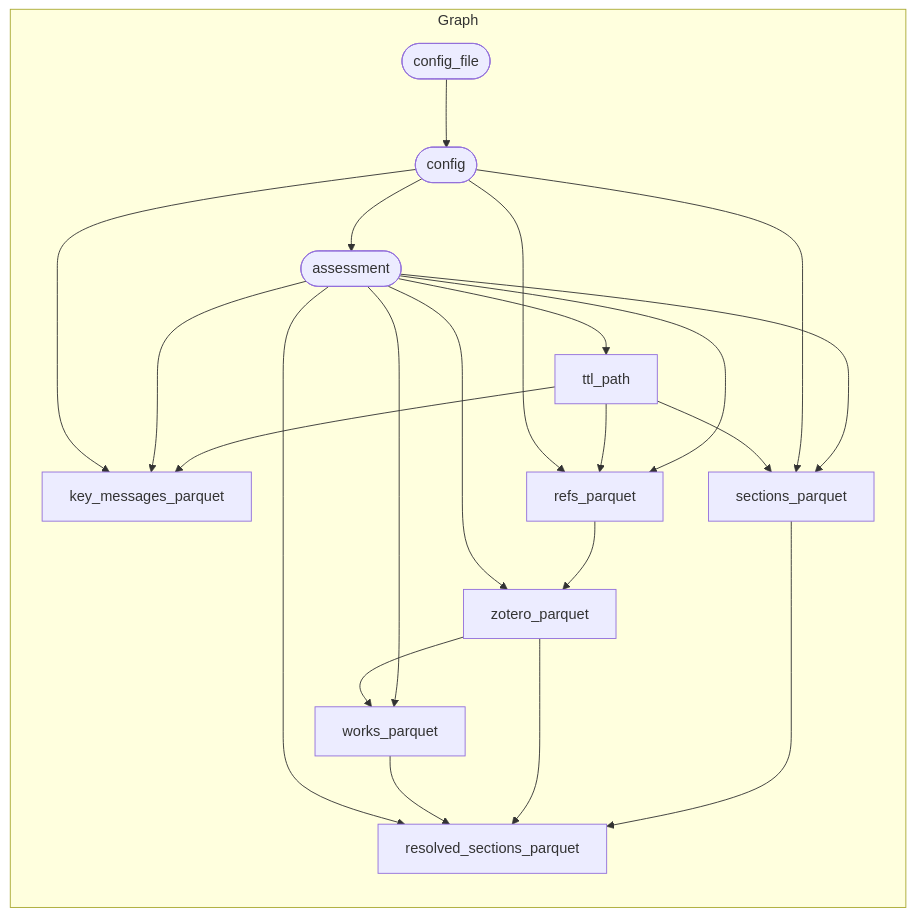
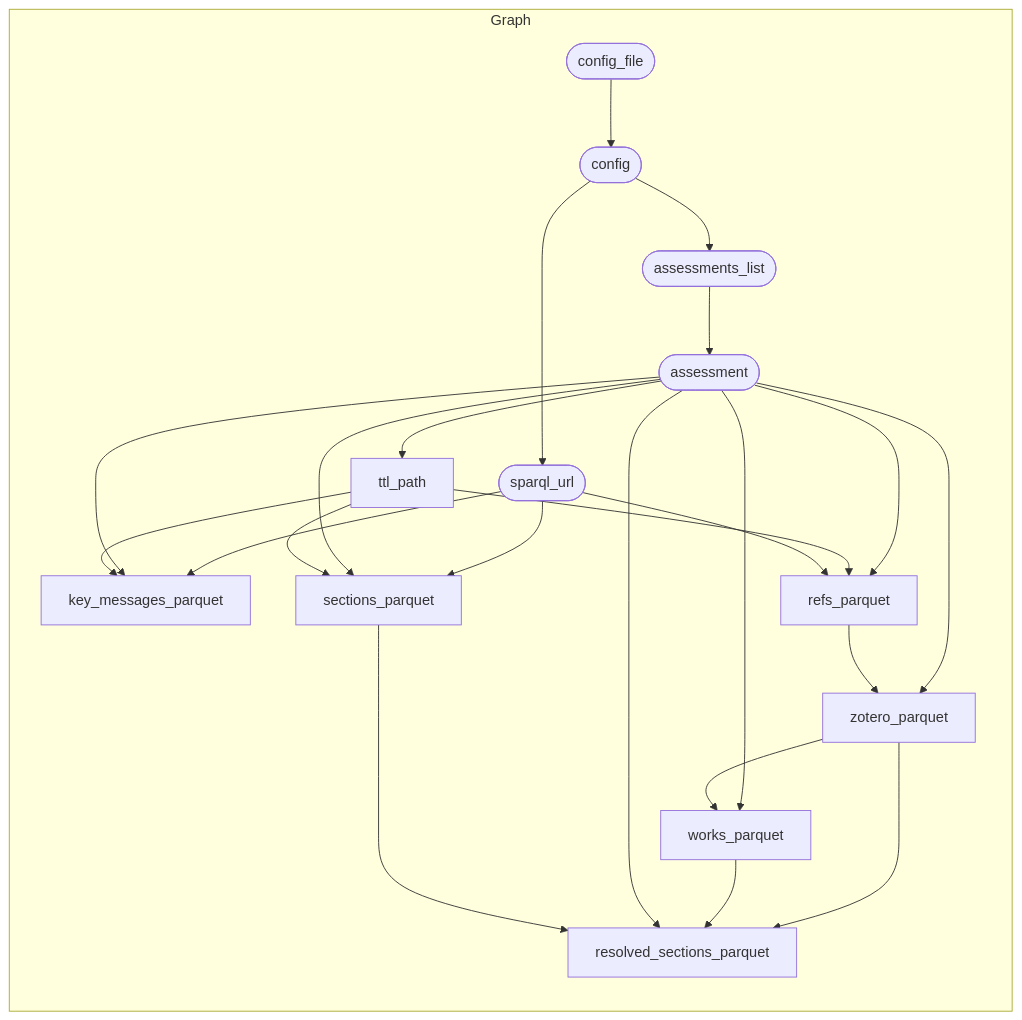
One commit to IPBES-Data/IPBES_BM_Fact_Checker changed the diagram in input/mmd/pipeline.mmd. Above: the diagram before and after it, drawn with Mermaid. The commit also changed 6 other files, not shown here.

First line of the commit message:
Fix KM descriptions, update schema docs, and tidy gitignore

```diff
--- a/input/mmd/pipeline.mmd
+++ b/input/mmd/pipeline.mmd
@@ -1,25 +1,27 @@
 graph TD
   subgraph Graph
     direction TD
-    x20aa1e7dd2a106e5(["config"]) --> x7096e63b1af7fc2e(["assessment"])
+    xf8f6f156e3c3b679(["assessments_list"]) --> x7096e63b1af7fc2e(["assessment"])
+    x20aa1e7dd2a106e5(["config"]) --> xf8f6f156e3c3b679(["assessments_list"])
     x9909b451a6a56060(["config_file"]) --> x20aa1e7dd2a106e5(["config"])
+    xcae032f895dcdbee(["sparql_url"]) --> x1b5c1cdf9ba064e4["key_messages_parquet"]
+    x7096e63b1af7fc2e(["assessment"]) --> x1b5c1cdf9ba064e4["key_messages_parquet"]
     xda2ef7d9d7074388["ttl_path"] --> x1b5c1cdf9ba064e4["key_messages_parquet"]
-    x7096e63b1af7fc2e(["assessment"]) --> x1b5c1cdf9ba064e4["key_messages_parquet"]
-    x20aa1e7dd2a106e5(["config"]) --> x1b5c1cdf9ba064e4["key_messages_parquet"]
     x7096e63b1af7fc2e(["assessment"]) --> x4c5608b5b57c599b["refs_parquet"]
     xda2ef7d9d7074388["ttl_path"] --> x4c5608b5b57c599b["refs_parquet"]
-    x20aa1e7dd2a106e5(["config"]) --> x4c5608b5b57c599b["refs_parquet"]
-    xc27197d40d6acf57["sections_parquet"] --> x65df84899286d535["resolved_sections_parquet"]
+    xcae032f895dcdbee(["sparql_url"]) --> x4c5608b5b57c599b["refs_parquet"]
     xe6d26d705b0e239b["zotero_parquet"] --> x65df84899286d535["resolved_sections_parquet"]
     x31e4fc98a3c6921c["works_parquet"] --> x65df84899286d535["resolved_sections_parquet"]
     x7096e63b1af7fc2e(["assessment"]) --> x65df84899286d535["resolved_sections_parquet"]
+    xc27197d40d6acf57["sections_parquet"] --> x65df84899286d535["resolved_sections_parquet"]
+    xcae032f895dcdbee(["sparql_url"]) --> xc27197d40d6acf57["sections_parquet"]
     x7096e63b1af7fc2e(["assessment"]) --> xc27197d40d6acf57["sections_parquet"]
-    x20aa1e7dd2a106e5(["config"]) --> xc27197d40d6acf57["sections_parquet"]
     xda2ef7d9d7074388["ttl_path"] --> xc27197d40d6acf57["sections_parquet"]
+    x20aa1e7dd2a106e5(["config"]) --> xcae032f895dcdbee(["sparql_url"])
     x7096e63b1af7fc2e(["assessment"]) --> xda2ef7d9d7074388["ttl_path"]
     x7096e63b1af7fc2e(["assessment"]) --> x31e4fc98a3c6921c["works_parquet"]
     xe6d26d705b0e239b["zotero_parquet"] --> x31e4fc98a3c6921c["works_parquet"]
+    x7096e63b1af7fc2e(["assessment"]) --> xe6d26d705b0e239b["zotero_parquet"]
     x4c5608b5b57c599b["refs_parquet"] --> xe6d26d705b0e239b["zotero_parquet"]
-    x7096e63b1af7fc2e(["assessment"]) --> xe6d26d705b0e239b["zotero_parquet"]
     
   end
```
